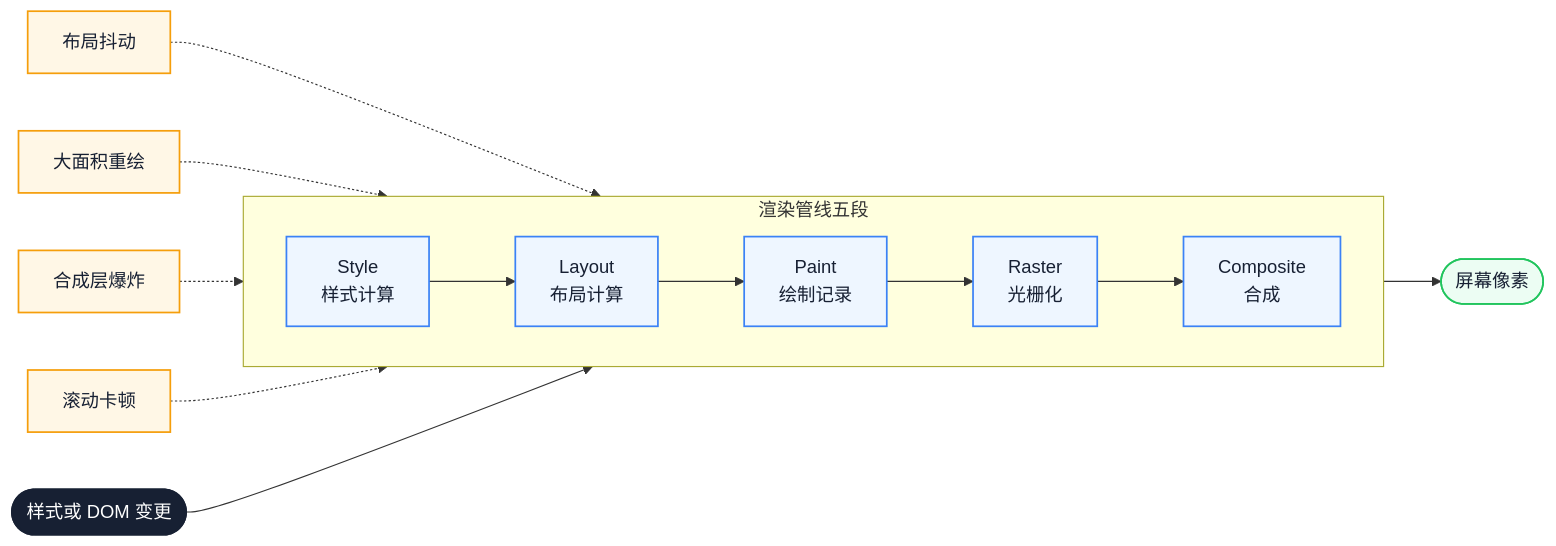
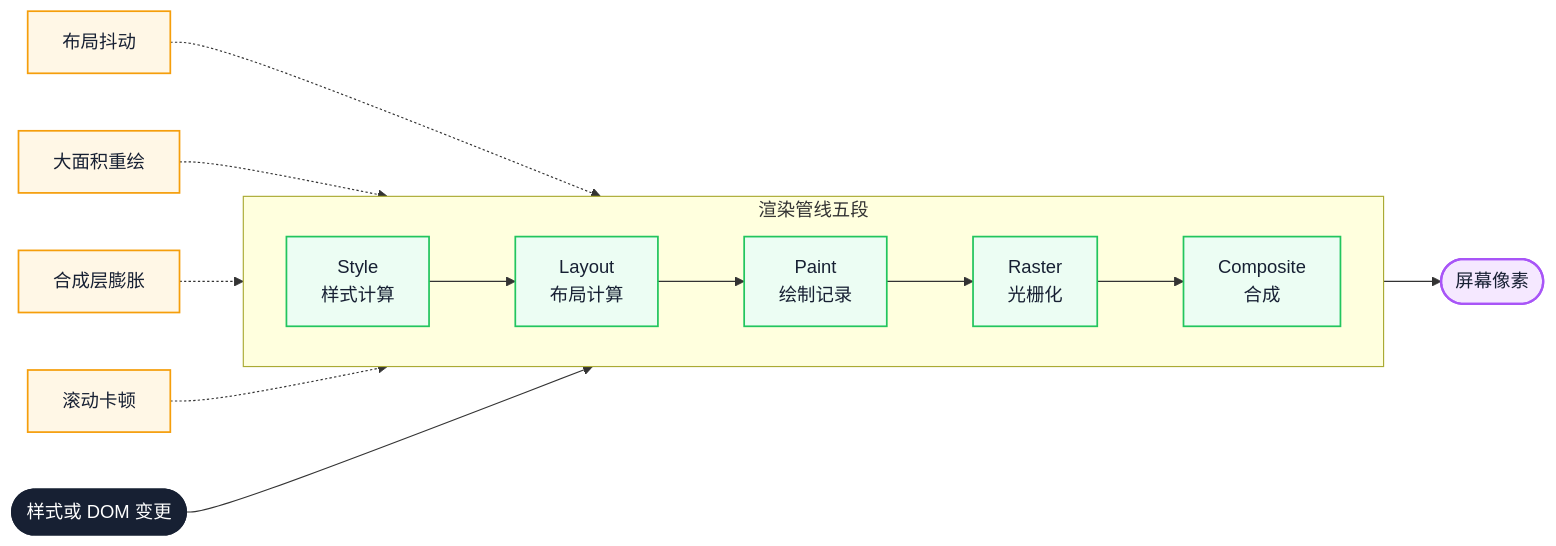
The first of 2 diagrams in docs/performance/rendering-pitfalls.md (Fatejian/frontier-vault), drawn with Mermaid before and after one commit. The commit also changed other lines of this file and 41 other files, not shown here.

````diff
--- a/docs/performance/rendering-pitfalls.md
+++ b/docs/performance/rendering-pitfalls.md
@@ -71,34 +71,33 @@
 ```mermaid
-%%{init: {'theme': 'base', 'themeVariables': { 'fontFamily': 'Inter, PingFang SC, Microsoft YaHei, sans-serif', 'primaryColor': '#F8FAFC', 'primaryTextColor': '#172033', 'primaryBorderColor': '#CBD5E1', 'lineColor': '#64748B, 'fontSize': '13px'}}}%%
 flowchart LR
     Start([样式或 DOM 变更])
 
     subgraph Pipeline[渲染管线五段]
         direction LR
-        S1[Style<br/>样式计算]
-        S2[Layout<br/>布局计算]
-        S3[Paint<br/>绘制记录]
-        S4[Raster<br/>光栅化]
-        S5[Composite<br/>合成]
+        S1["Style<br/>样式计算"]
+        S2["Layout<br/>布局计算"]
+        S3["Paint<br/>绘制记录"]
+        S4["Raster<br/>光栅化"]
+        S5["Composite<br/>合成"]
         S1 --> S2 --> S3 --> S4 --> S5
     end
 
     End([屏幕像素])
 
     Start --> Pipeline --> End
 
     P1[布局抖动] -.-> S2
     P2[大面积重绘] -.-> S3
-    P3[合成层爆炸] -.-> S4
+    P3[合成层膨胀] -.-> S4
     P4[滚动卡顿] -.-> S5
 
-    classDef start fill:#172033,color:#fff,stroke:#172033,stroke-width:2px;
-    classDef stage fill:#EEF6FF,stroke:#3B82F6,color:#172033,stroke-width:1.5px;
-    classDef pitfall fill:#FFF7E6,stroke:#F59E0B,color:#172033,stroke-width:1.5px;
-    classDef ending fill:#ECFDF3,stroke:#22C55E,color:#172033,stroke-width:1.5px;
+    classDef core fill:#172033,color:#fff,stroke:#172033,stroke-width:2px;
+    classDef block fill:#FFF7E6,stroke:#F59E0B,color:#172033,stroke-width:1.5px;
+    classDef work fill:#ECFDF3,stroke:#22C55E,color:#172033,stroke-width:1.5px;
+    classDef metric fill:#F5E8FF,stroke:#A855F7,color:#172033,stroke-width:2px;
 
-    class Start start;
-    class S1,S2,S3,S4,S5 stage;
-    class P1,P2,P3,P4 pitfall;
-    class End ending;
+    class Start core;
+    class S1,S2,S3,S4,S5 work;
+    class P1,P2,P3,P4 block;
+    class End metric;
 ```
````
